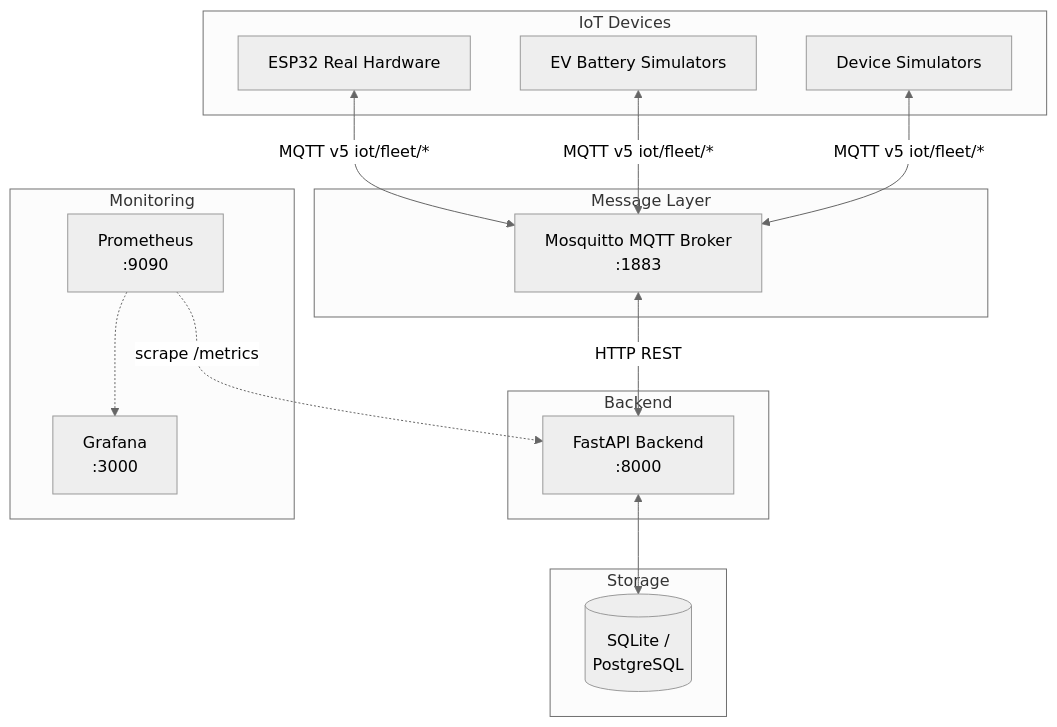
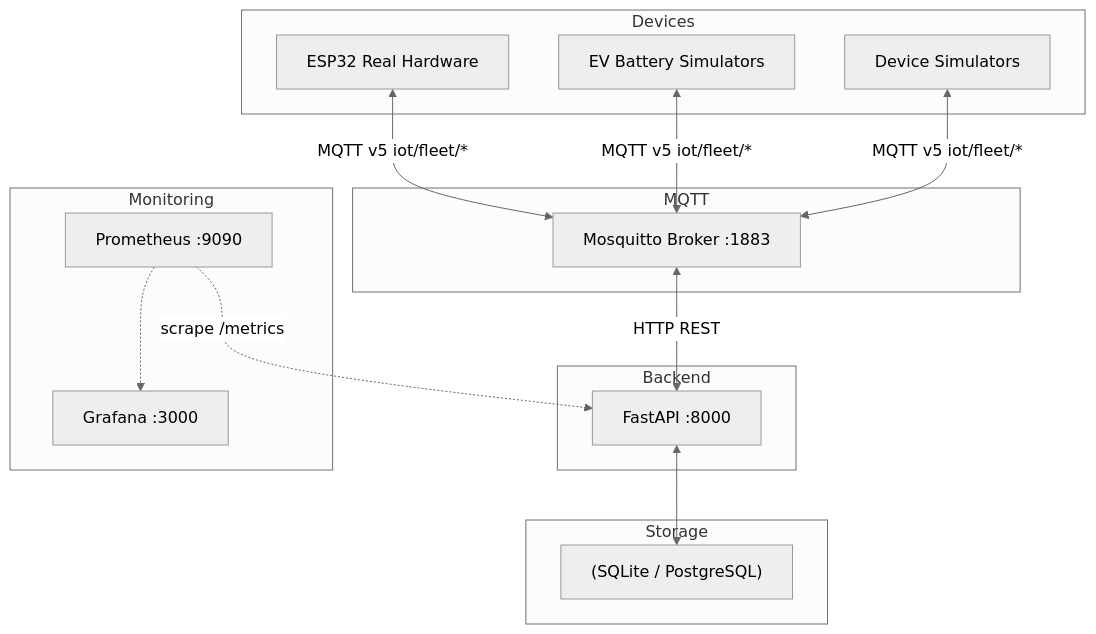
One commit to yevano09/fleet-management changed the first of 2 diagrams in CUDO.md. Above: the diagram before and after it, drawn with Mermaid (neutral theme). The commit also changed 3 other files, not shown here.

Commit message:
Updates diagrams - via mermaid <br>

````diff
--- a/CUDO.md
+++ b/CUDO.md
@@ -62,26 +62,26 @@
 ```mermaid
 graph TB
-    subgraph Devices["IoT Devices"]
-        ESP[ESP32 Real Hardware]
-        EV[EV Battery Simulators]
-        SIM[Device Simulators]
+    subgraph Devices["Devices"]
+        ESP["ESP32 Real Hardware"]
+        EV["EV Battery Simulators"]
+        SIM["Device Simulators"]
     end
-    subgraph MQTT["Message Layer"]
-        MOS[Mosquitto MQTT Broker<br/>:1883]
+    subgraph MQTT["MQTT"]
+        MOS["Mosquitto Broker :1883"]
     end
     subgraph Backend["Backend"]
-        API[FastAPI Backend<br/>:8000]
+        API["FastAPI :8000"]
     end
     subgraph Storage["Storage"]
-        DB[(SQLite /<br/>PostgreSQL)]
+        DB["(SQLite / PostgreSQL)"]
     end
     subgraph Monitoring["Monitoring"]
-        PRO[Prometheus<br/>:9090]
-        GRA[Grafana<br/>:3000]
+        PRO["Prometheus :9090"]
+        GRA["Grafana :3000"]
     end
     ESP & EV & SIM <-->|MQTT v5 iot/fleet/*| MOS
     MOS <-->|HTTP REST| API
     API <--> DB
     PRO -.->|scrape /metrics| API
     PRO -.-> GRA
 ```
````
